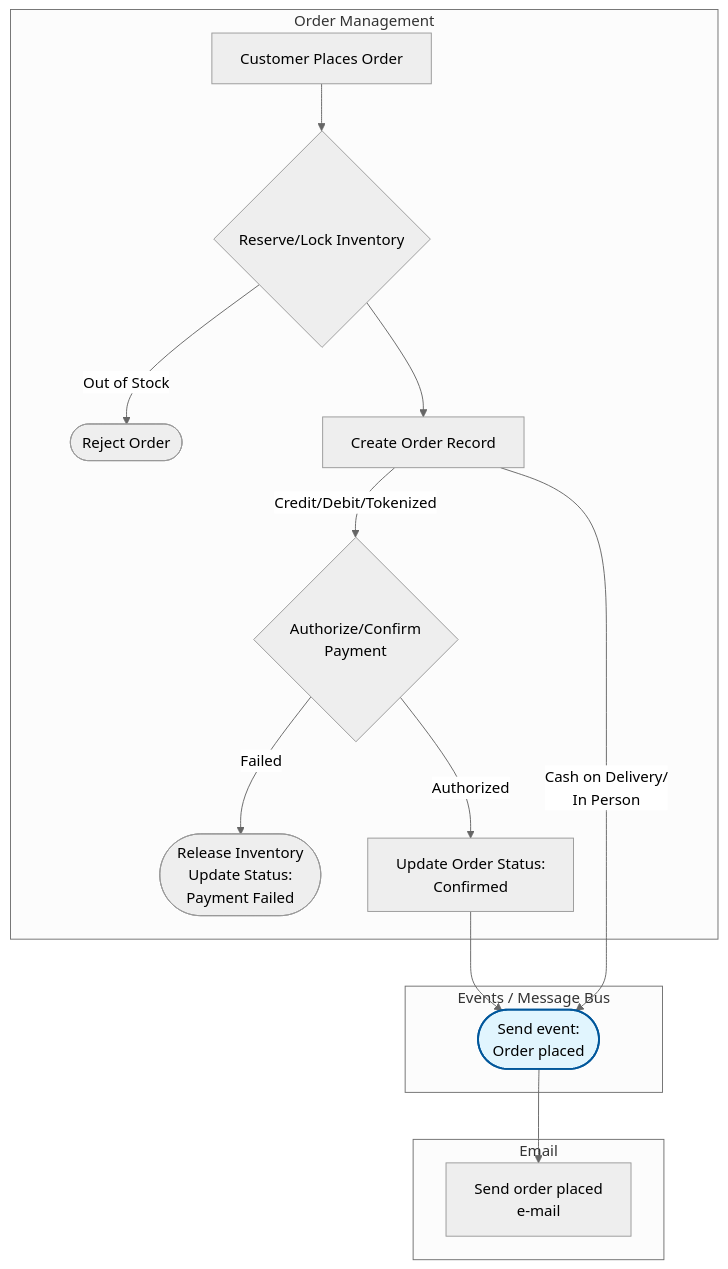
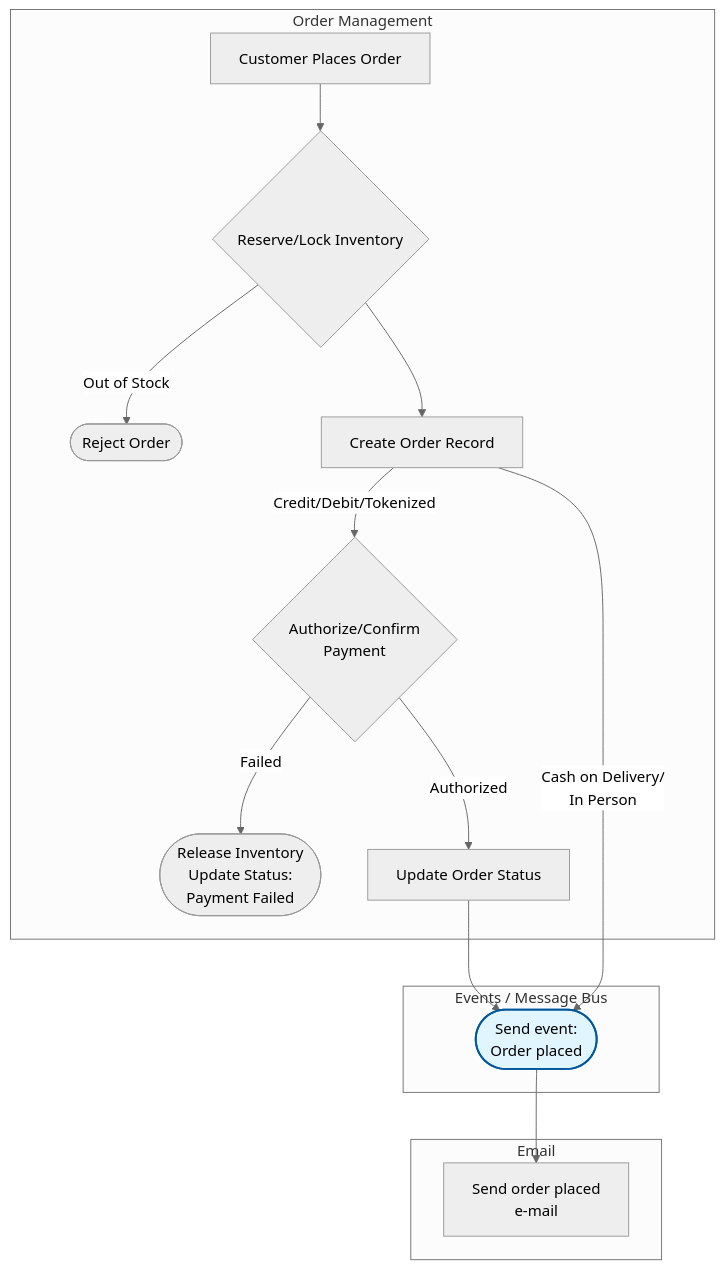
One commit to RobertoFreireDev/Order-Management changed the first of 3 diagrams in README.md. Above: the diagram before and after it, drawn with Mermaid (neutral theme). The commit also changed other lines of this file, not shown here.

Commit message:
Clean up Update Order Status

````diff
--- a/README.md
+++ b/README.md
@@ -5,36 +5,36 @@
 ```mermaid
 flowchart TD
     %% Subgraph Styling
     classDef event fill:#e1f5fe,stroke:#01579b,stroke-width:2px;
     classDef logic fill:#f5f5f5,stroke:#333,stroke-width:1px;
     classDef fulfill fill:#fff3e0,stroke:#ef6c00,stroke-width:1px;
     classDef note fill:#f9fbe7,stroke:#827717,stroke-width:1px;
 
     subgraph Order_Management [Order Management]
         A[Customer Places Order] --> B{Reserve/Lock Inventory}
         B -->|Out of Stock| C([Reject Order])
         B --> D[Create Order Record]
         
         D --> |"Credit/Debit/Tokenized"| E{Authorize/Confirm<br/>Payment}
         E -->|Failed| F([Release Inventory<br/>Update Status: <br/>Payment Failed])
-        E -->|Authorized| G[Update Order Status:<br/>Confirmed]
+        E -->|Authorized| G[Update Order Status]
     end
 
     subgraph Events [Events / Message Bus]
         H([Send event:<br/>Order placed])
     end
 
     subgraph Email [Email]
         I[Send order placed<br/>e-mail]
     end
 
     %% Logic to Events
     G --> H
     D --> |"Cash on Delivery/<br/>In Person"| H
     
     %% Event Distribution
     H --> I
 
     %% Class Assignments
     class H event;
 ```
````
